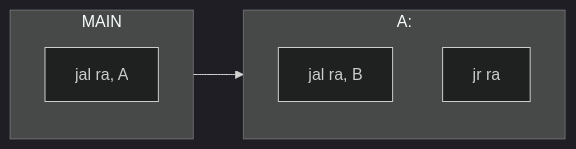
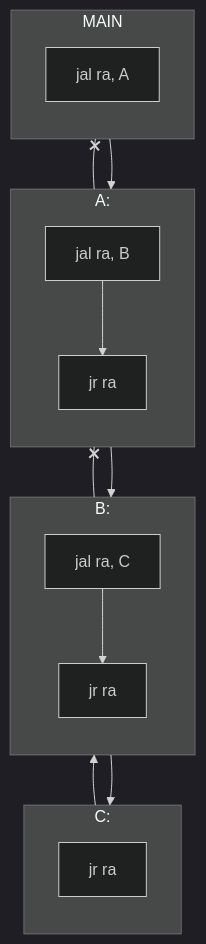
One commit to ErenKyojin/ACSO-polimi changed the diagram in Sottoprogrammi.md. Above: the diagram before and after it, drawn with Mermaid (dark theme). The commit also changed other lines of this file, not shown here.

Commit message:
vault backup: 2022-09-27 20:29:01

````diff
--- a/Sottoprogrammi.md
+++ b/Sottoprogrammi.md
@@ -31,13 +31,34 @@
 ```mermaid
-flowchart LR
+flowchart BT
 	 subgraph MAIN
 	 direction TB
 	 C[jal ra, A]
 	 end
 	 C --> A:
+	 
+	 
 	 subgraph A:
 	 direction TB
 	 a1[jal ra, B]
 	 a2[jr ra]
+	 a1 --> a2
 	 end
+	 a1 --> B:
+	 
+	 
+	 subgraph B:
+	 direction TB
+	 b1[jal ra, C]
+	 b2[jr ra]
+	 b1 --> b2
+	 end
+	 b1 --> C:
+	
+	 subgraph C:
+	 direction TB
+	 c2[jr ra]
+	 end
+	 c2 --> B:
+	 b2 --x A:
+	 a2 --x MAIN
 ```
````
